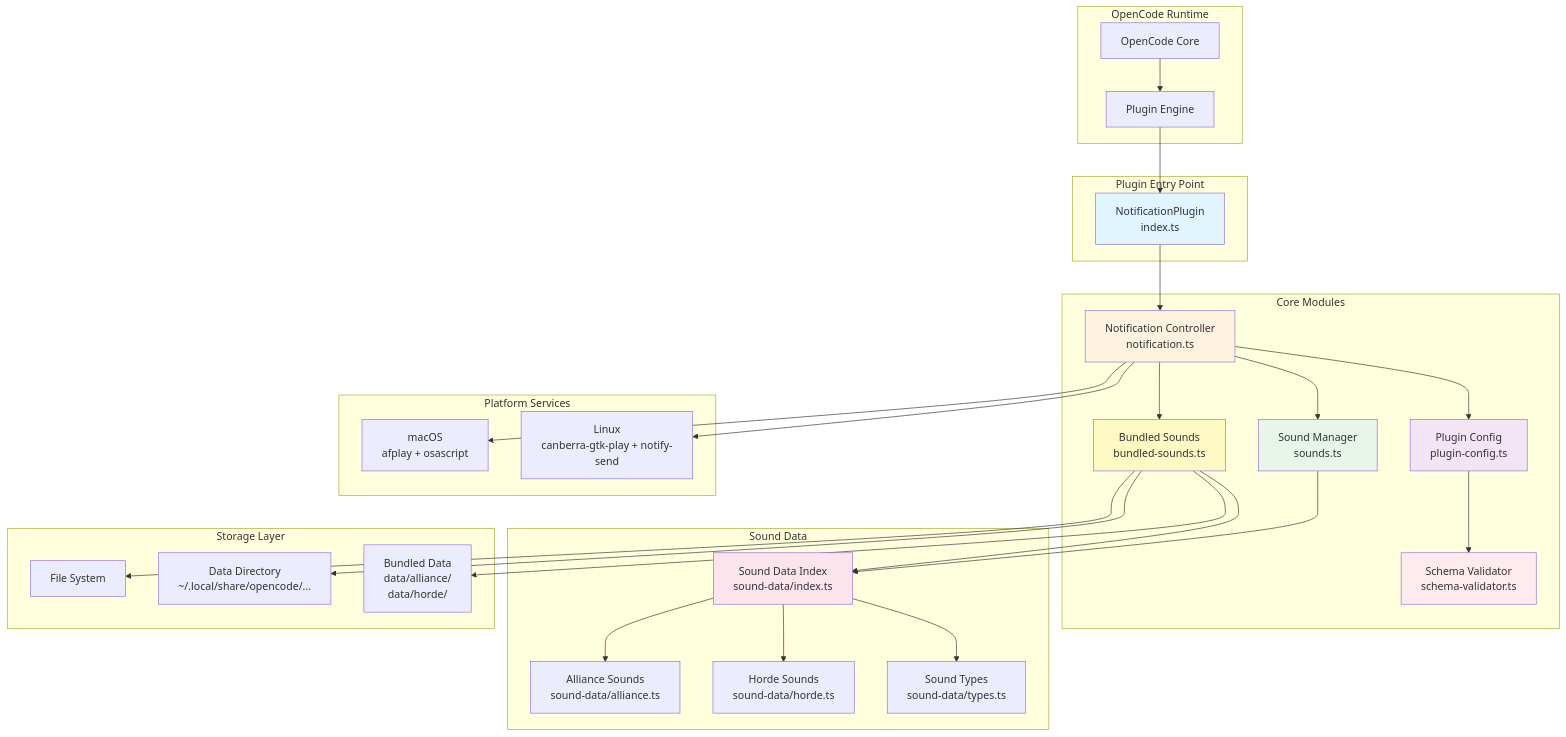
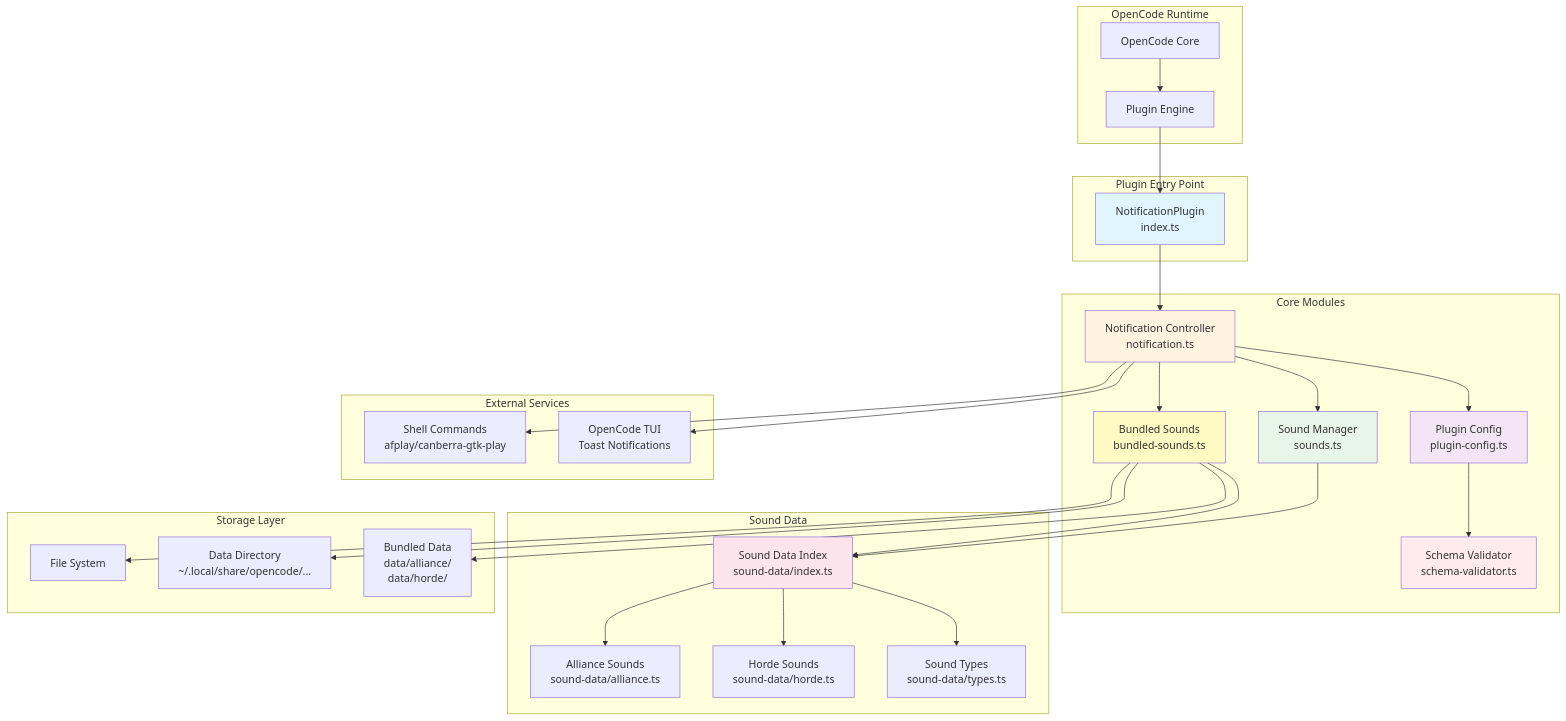
Before and after one commit to pantheon-org/opencode-warcraft-notifications: the first of 18 diagrams in docs/src/content/docs/architecture.md, drawn with Mermaid. The commit also changed other lines of this file and 42 other files, not shown here.

First line of the commit message:
feat: add UI toast notifications and improve code quality (#66)

````diff
--- a/docs/src/content/docs/architecture.md
+++ b/docs/src/content/docs/architecture.md
@@ -14,63 +14,63 @@
 ```mermaid
 graph TB
     subgraph "OpenCode Runtime"
         OC[OpenCode Core]
         PE[Plugin Engine]
     end
 
     subgraph "Plugin Entry Point"
         NP[NotificationPlugin<br/>index.ts]
     end
 
     subgraph "Core Modules"
         NC[Notification Controller<br/>notification.ts]
         SV[Schema Validator<br/>schema-validator.ts]
         PC[Plugin Config<br/>plugin-config.ts]
         SM[Sound Manager<br/>sounds.ts]
         BS[Bundled Sounds<br/>bundled-sounds.ts]
     end
 
     subgraph "Sound Data"
         SD[Sound Data Index<br/>sound-data/index.ts]
         AS[Alliance Sounds<br/>sound-data/alliance.ts]
         HS[Horde Sounds<br/>sound-data/horde.ts]
         ST[Sound Types<br/>sound-data/types.ts]
     end
 
     subgraph "Storage Layer"
         FS[File System]
         DD[Data Directory<br/>~/.local/share/opencode/...]
         BD[Bundled Data<br/>data/alliance/<br/>data/horde/]
     end
 
-    subgraph "Platform Services"
-        MAC[macOS<br/>afplay + osascript]
-        LIN[Linux<br/>canberra-gtk-play + notify-send]
+    subgraph "External Services"
+        SH[Shell Commands<br/>afplay/canberra-gtk-play]
+        TUI[OpenCode TUI<br/>Toast Notifications]
     end
 
     OC --> PE
     PE --> NP
     NP --> NC
     NC --> PC
     PC --> SV
     NC --> SM
     NC --> BS
     SM --> SD
     BS --> SD
     SD --> AS
     SD --> HS
     SD --> ST
     BS --> FS
     BS --> DD
     BS --> BD
-    NC --> MAC
-    NC --> LIN
+    NC --> SH
+    NC --> TUI
 
     style NP fill:#e1f5ff
     style NC fill:#fff3e0
     style SV fill:#ffebee
     style PC fill:#f3e5f5
     style SM fill:#e8f5e9
     style BS fill:#fff9c4
     style SD fill:#fce4ec
 ```
````
